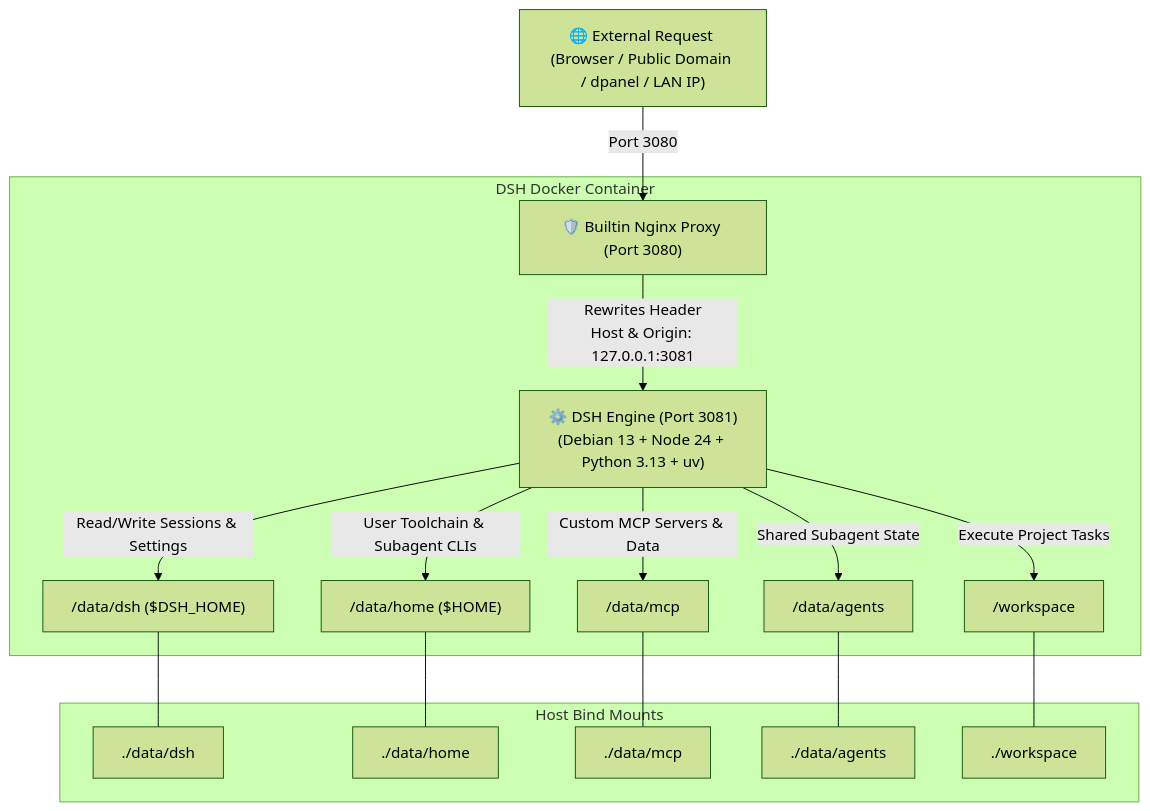
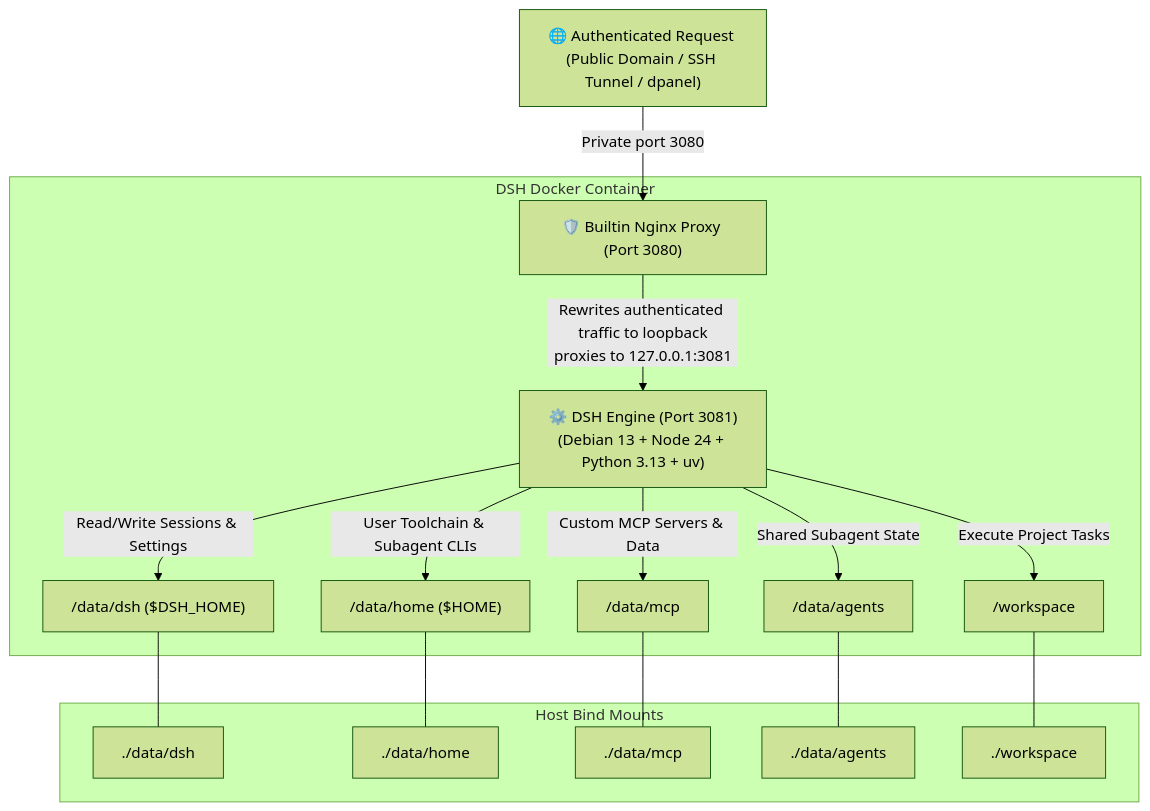
The diagram in README.en.md (univers629/dsh-docker), drawn with Mermaid (forest theme) before and after one commit. The commit also changed other lines of this file and 1 other file, not shown here.

````diff
--- a/README.en.md
+++ b/README.en.md
@@ -88,22 +88,22 @@
 ```mermaid
 graph TD
-    User["🌐 External Request (Browser / Public Domain / dpanel / LAN IP)"] -->|Port 3080| NGINX["🛡️ Builtin Nginx Proxy (Port 3080)"]
+    User["🌐 Authenticated Request (Public Domain / SSH Tunnel / dpanel)"] -->|Private port 3080| NGINX["🛡️ Builtin Nginx Proxy (Port 3080)"]
     
     subgraph DSH Docker Container
-        NGINX -->|Rewrites Header<br>Host & Origin: 127.0.0.1:3081| BACKEND["⚙️ DSH Engine (Port 3081)<br>(Debian 13 + Node 24 + Python 3.13 + uv)"]
+        NGINX -->|Rewrites authenticated traffic to loopback<br>proxies to 127.0.0.1:3081| BACKEND["⚙️ DSH Engine (Port 3081)<br>(Debian 13 + Node 24 + Python 3.13 + uv)"]
         
         BACKEND -->|Read/Write Sessions & Settings| V1["/data/dsh ($DSH_HOME)"]
         BACKEND -->|User Toolchain & Subagent CLIs| V2["/data/home ($HOME)"]
         BACKEND -->|Custom MCP Servers & Data| V3["/data/mcp"]
         BACKEND -->|Shared Subagent State| V4["/data/agents"]
         BACKEND -->|Execute Project Tasks| V5["/workspace"]
     end
     
     subgraph Host Bind Mounts
         V1 --- H1["./data/dsh"]
         V2 --- H2["./data/home"]
         V3 --- H3["./data/mcp"]
         V4 --- H4["./data/agents"]
         V5 --- H5["./workspace"]
     end
 ```
````
